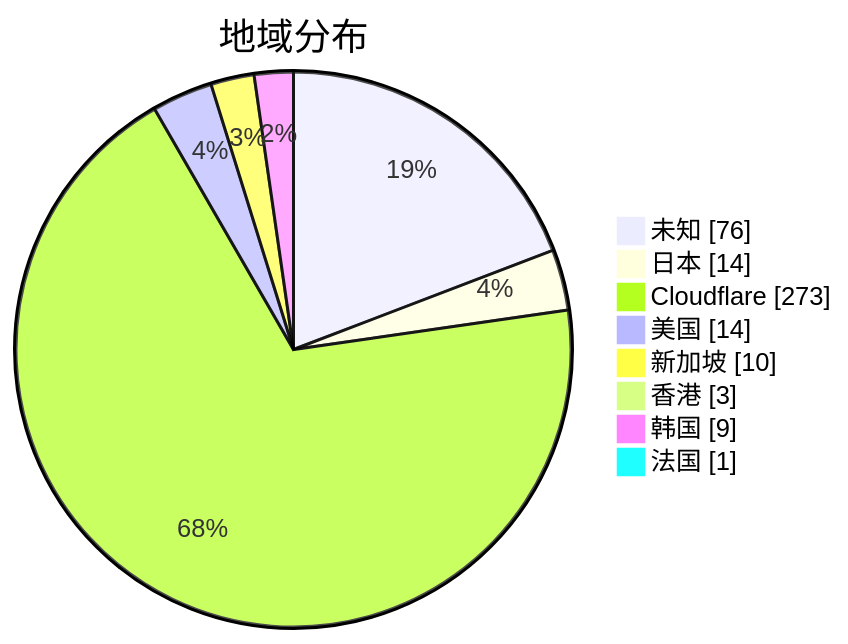
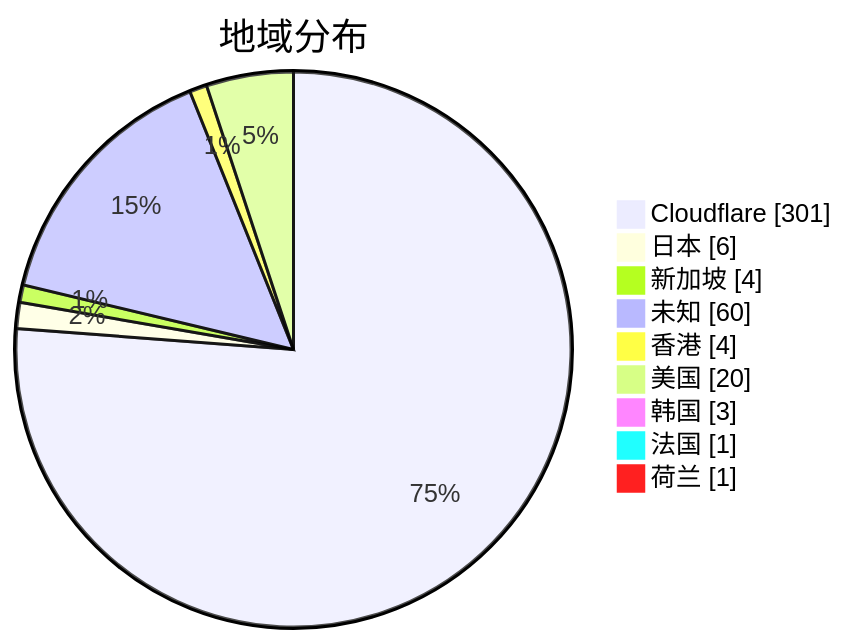
Before and after one commit to qjlxg/airport: the second of 3 diagrams in subs/statistics/tested_within.md, drawn with Mermaid. The commit also changed other lines of this file and 2 other files, not shown here.

````diff
--- a/subs/statistics/tested_within.md
+++ b/subs/statistics/tested_within.md
@@ -13,12 +14,13 @@
 ```mermaid
 pie showData
 title 地域分布
-"未知" : 76
-"日本" : 14
-"Cloudflare" : 273
-"美国" : 14
-"新加坡" : 10
-"香港" : 3
-"韩国" : 9
+"Cloudflare" : 301
+"日本" : 6
+"新加坡" : 4
+"未知" : 60
+"香港" : 4
+"美国" : 20
+"韩国" : 3
 "法国" : 1
+"荷兰" : 1
 ```
````
